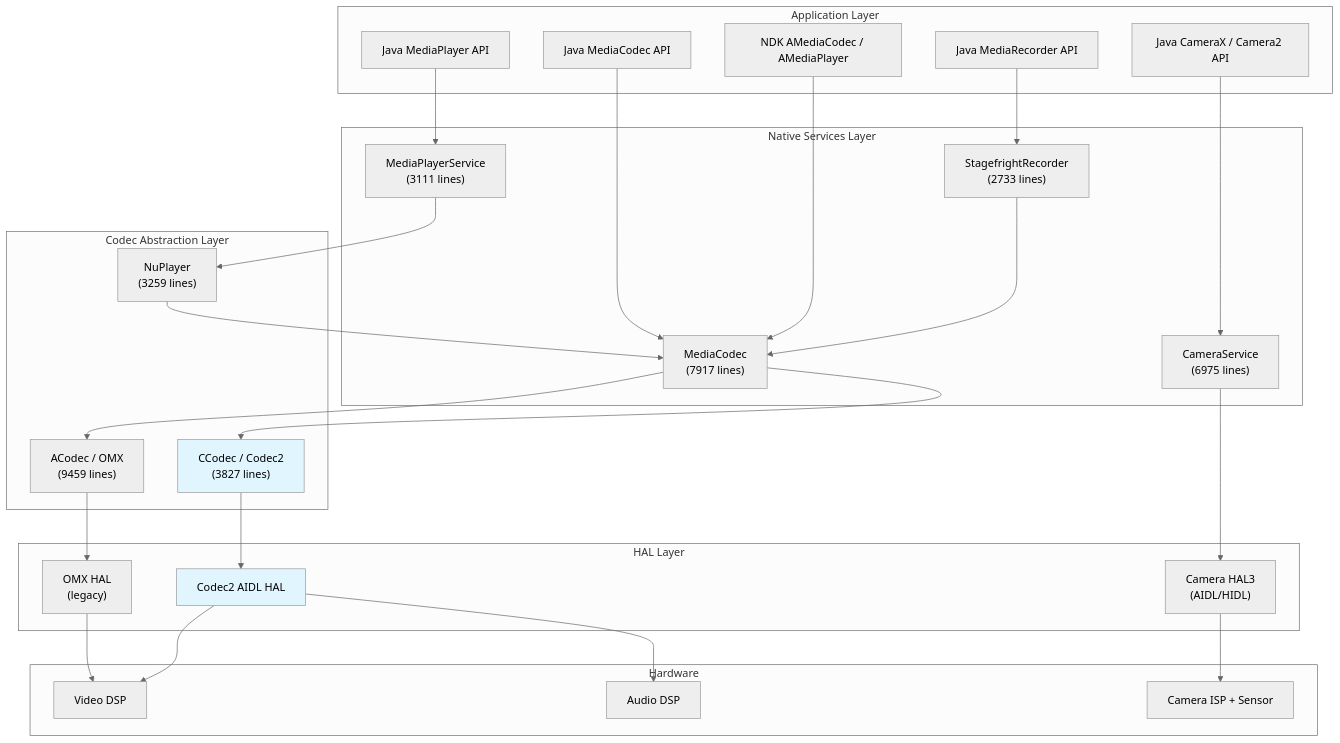
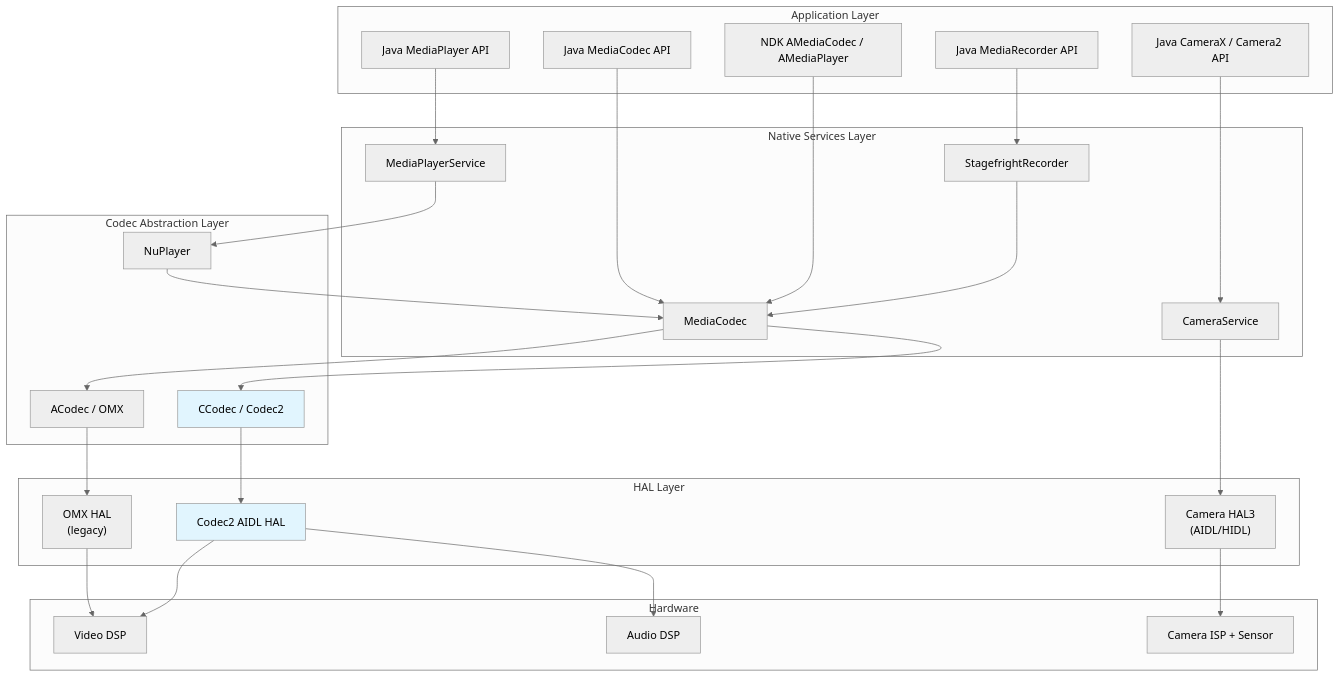
One commit to aospbooks/aosp-internal-book changed the first of 34 diagrams in 16-media-and-camera.md. Above: the diagram before and after it, drawn with Mermaid (neutral theme).

Commit message:
16-media-and-camera: drop line-count annotations from architecture mermaid

````diff
--- a/16-media-and-camera.md
+++ b/16-media-and-camera.md
@@ -26,60 +26,60 @@
 ```mermaid
 graph TD
     subgraph "Application Layer"
         A1["Java MediaPlayer API"]
         A2["Java MediaCodec API"]
         A3["Java MediaRecorder API"]
         A4["NDK AMediaCodec / AMediaPlayer"]
         A5["Java CameraX / Camera2 API"]
     end
 
     subgraph "Native Services Layer"
-        B1["MediaPlayerService<br/>(3111 lines)"]
-        B2["MediaCodec<br/>(7917 lines)"]
-        B3["StagefrightRecorder<br/>(2733 lines)"]
-        B4["CameraService<br/>(6975 lines)"]
+        B1["MediaPlayerService"]
+        B2["MediaCodec"]
+        B3["StagefrightRecorder"]
+        B4["CameraService"]
     end
 
     subgraph "Codec Abstraction Layer"
-        C1["ACodec / OMX<br/>(9459 lines)"]
-        C2["CCodec / Codec2<br/>(3827 lines)"]
-        C3["NuPlayer<br/>(3259 lines)"]
+        C1["ACodec / OMX"]
+        C2["CCodec / Codec2"]
+        C3["NuPlayer"]
     end
 
     subgraph "HAL Layer"
         D1["OMX HAL<br/>(legacy)"]
         D2["Codec2 AIDL HAL"]
         D3["Camera HAL3<br/>(AIDL/HIDL)"]
     end
 
     subgraph "Hardware"
         E1["Video DSP"]
         E2["Audio DSP"]
         E3["Camera ISP + Sensor"]
     end
 
     A1 --> B1
     A2 --> B2
     A3 --> B3
     A4 --> B2
     A5 --> B4
 
     B1 --> C3
     B2 --> C1
     B2 --> C2
     B3 --> B2
 
     C1 --> D1
     C2 --> D2
     C3 --> B2
 
     D1 --> E1
     D2 --> E1
     D2 --> E2
     D3 --> E3
 
     B4 --> D3
 
     style C2 fill:#e1f5fe
     style D2 fill:#e1f5fe
 ```
````
